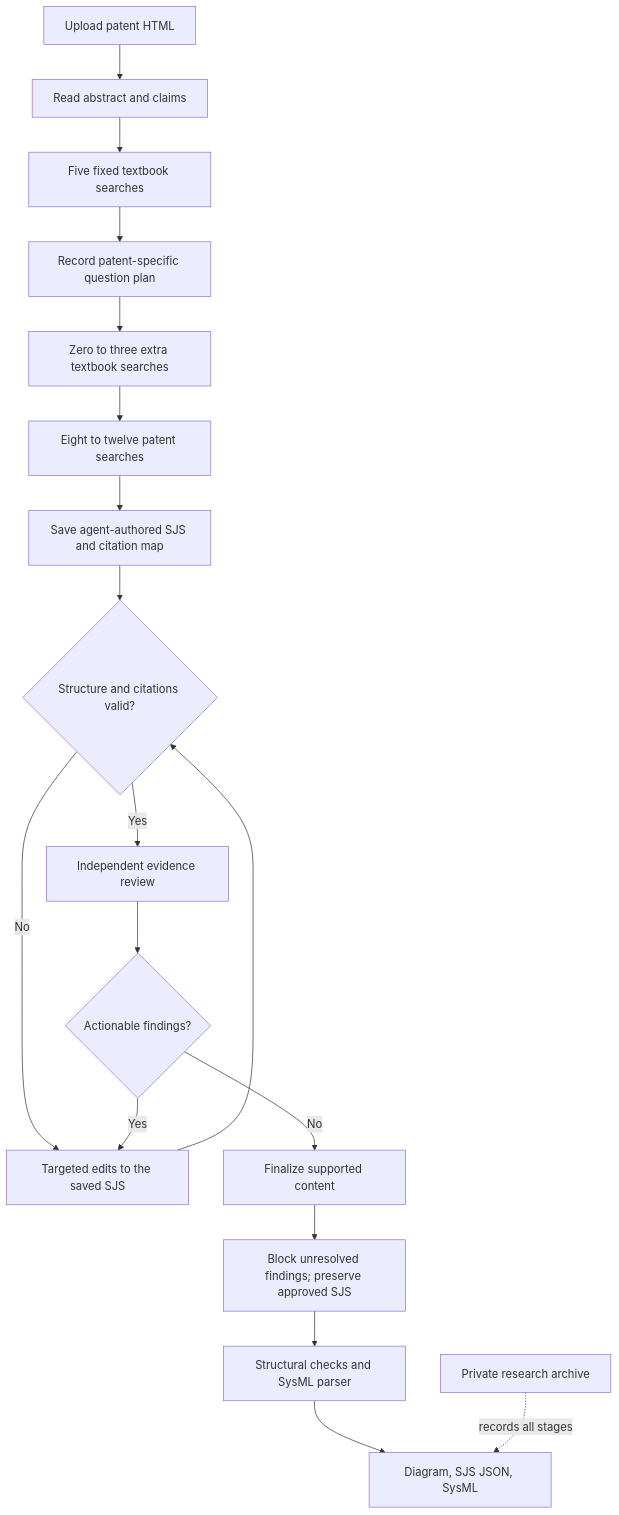
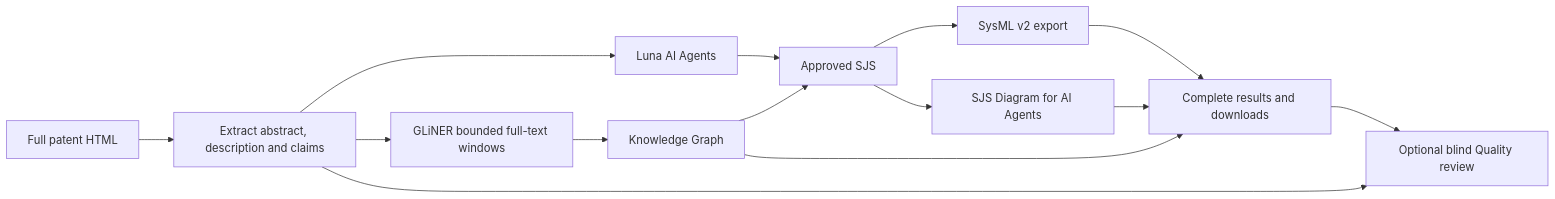
Before and after one commit to cmuchancel/24679-project-1: the diagram in docs/ARCHITECTURE.md, drawn with Mermaid. The commit also changed other lines of this file and 95 other files, not shown here.

First line of the commit message:
Package the live Patent to SysML prototype with a Gradio example and GLiNER dataset

````diff
--- a/docs/ARCHITECTURE.md
+++ b/docs/ARCHITECTURE.md
@@ -11,20 +5,16 @@
 ```mermaid
-flowchart TD
-    A[Upload patent HTML] --> B[Read abstract and claims]
-    B --> C[Five fixed textbook searches]
-    C --> D[Record patent-specific question plan]
-    D --> E[Zero to three extra textbook searches]
-    E --> F[Eight to twelve patent searches]
-    F --> G[Save agent-authored SJS and citation map]
-    G --> V{Structure and citations valid?}
-    V -- No --> J[Targeted edits to the saved SJS]
-    V -- Yes --> H[Independent evidence review]
-    H --> I{Actionable findings?}
-    I -- Yes --> J
-    J --> V
-    I -- No --> L[Finalize supported content]
-    L --> M[Block unresolved findings; preserve approved SJS]
-    M --> N[Structural checks and SysML parser]
-    N --> O[Diagram, SJS JSON, SysML]
-    R[Private research archive] -. records all stages .-> O
+flowchart LR
+    H[Full patent HTML] --> P[Extract abstract, description and claims]
+    P --> A[Luna AI Agents]
+    P --> N[GLiNER bounded full-text windows]
+    A --> S[Approved SJS]
+    N --> K[Knowledge Graph]
+    K --> S
+    S --> M[SysML v2 export]
+    S --> D[SJS Diagram for AI Agents]
+    M --> R[Complete results and downloads]
+    D --> R
+    K --> R
+    R --> Q[Optional blind Quality review]
+    P --> Q
 ```
````
